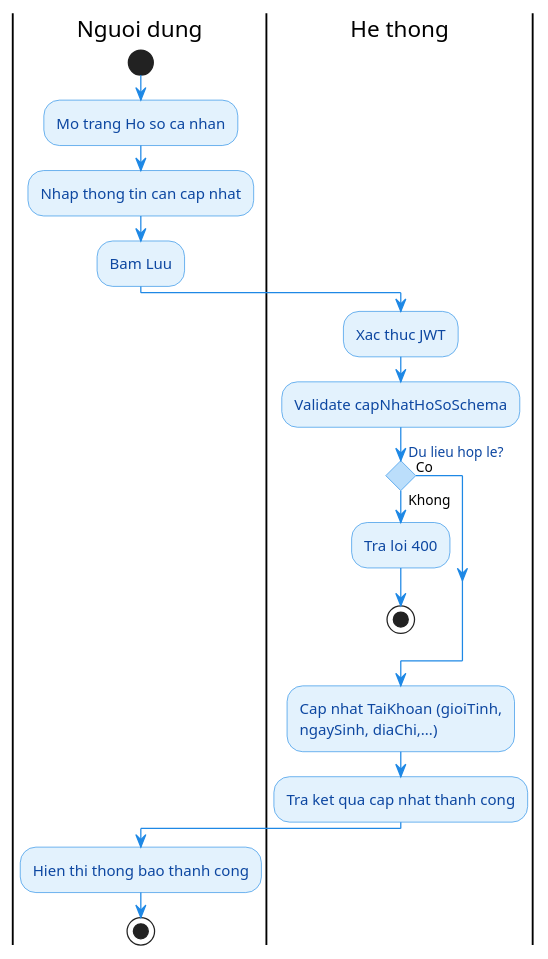
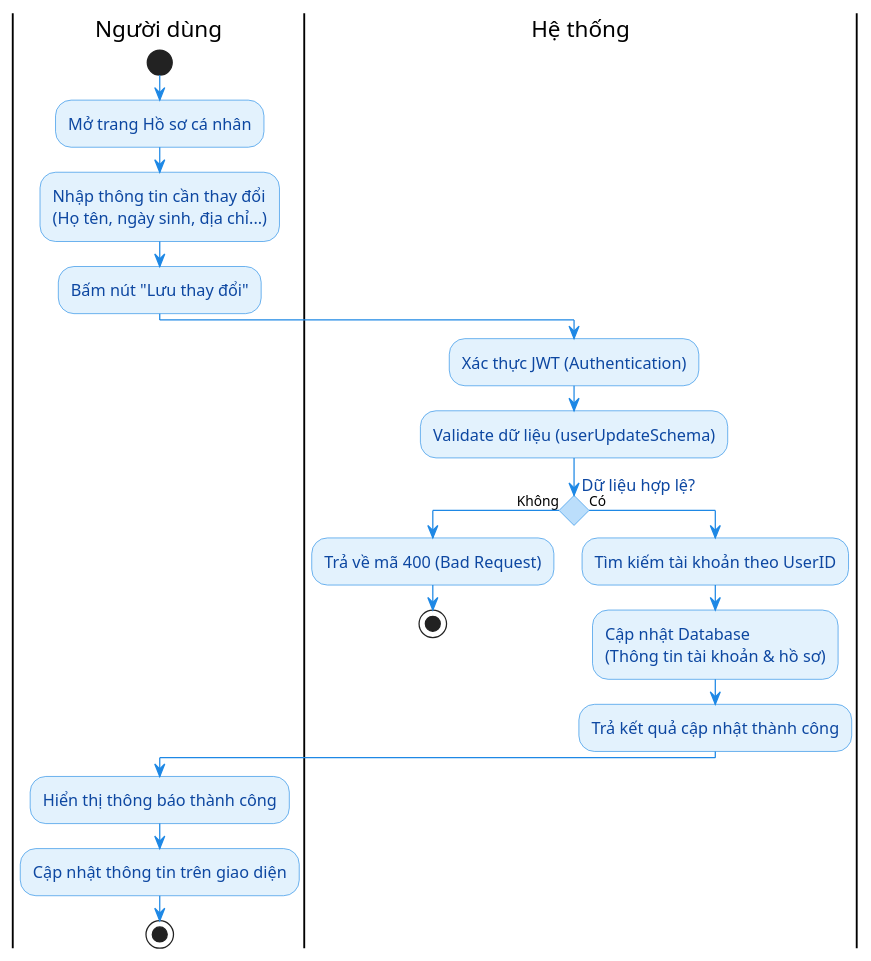
Before and after one commit to yqhuouc/HealthCare: the diagram in server/doc/diagrams/ACT_08_CapNhatThongTinCaNhan.puml, drawn with PlantUML. The commit also changed 41 other files, not shown here.

Commit message:
feat: implement authentication system with password reset functionality and add project architecture documentation

```diff
--- a/server/doc/diagrams/ACT_08_CapNhatThongTinCaNhan.puml
+++ b/server/doc/diagrams/ACT_08_CapNhatThongTinCaNhan.puml
@@ -1,41 +1,44 @@
-@startuml Activity_CapNhatThongTinCaNhan
+@startuml Activity_CapNhatThongTinCaNhan_V2
 
 skinparam shadowing false
 skinparam backgroundColor white
 skinparam conditionStyle diamond
 skinparam ConditionEndStyle hline
 
 skinparam activity {
   BackgroundColor #E3F2FD
   BorderColor #1E88E5
   FontColor #0D47A1
-  RoundCorner 15
+  FontSize 13
+  RoundCorner 20
 }
 
 skinparam activityDiamondBackgroundColor #BBDEFB
 skinparam activityDiamondBorderColor #1E88E5
 skinparam activityDiamondFontColor #0D47A1
 skinparam ArrowColor #1E88E5
 
-|Nguoi dung|
+|Người dùng|
 start
-:Mo trang Ho so ca nhan;
-:Nhap thong tin can cap nhat;
-:Bam Luu;
+:Mở trang Hồ sơ cá nhân;
+:Nhập thông tin cần thay đổi\n(Họ tên, ngày sinh, địa chỉ...);
+:Bấm nút "Lưu thay đổi";
 
-|He thong|
-:Xac thuc JWT;
-:Validate capNhatHoSoSchema;
-if (Du lieu hop le?) then (Khong)
-  :Tra loi 400;
+|Hệ thống|
+:Xác thực JWT (Authentication);
+:Validate dữ liệu (userUpdateSchema);
+
+if (Dữ liệu hợp lệ?) then (Không)
+  :Trả về mã 400 (Bad Request);
   stop
-else (Co)
+else (Có)
+  :Tìm kiếm tài khoản theo UserID;
+  :Cập nhật Database\n(Thông tin tài khoản & hồ sơ);
+  :Trả kết quả cập nhật thành công;
 endif
 
-:Cap nhat TaiKhoan (gioiTinh,\nngaySinh, diaChi,...);
-:Tra ket qua cap nhat thanh cong;
-
-|Nguoi dung|
-:Hien thi thong bao thanh cong;
+|Người dùng|
+:Hiển thị thông báo thành công;
+:Cập nhật thông tin trên giao diện;
 stop
 @enduml
```
